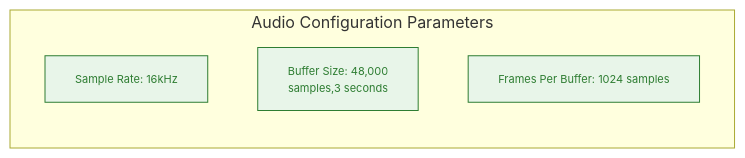
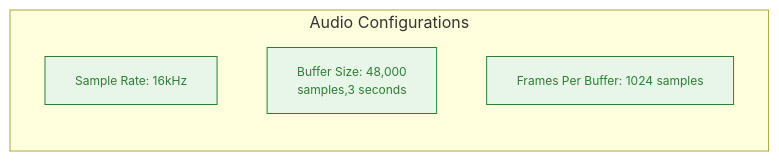
Before and after one commit to joonhyung-lee/whisper.cpp: the first of 2 diagrams in examples/cli/README.md, drawn with Mermaid.

````diff
--- a/examples/cli/README.md
+++ b/examples/cli/README.md
@@ -3,15 +3,15 @@
 ```mermaid
 flowchart LR
-    classDef process fill:#e1f5fe,stroke:#01579b,color:#01579b,font-size:11px;
-    classDef data fill:#e8f5e9,stroke:#2e7d32,color:#2e7d32,font-size:11px;
-    classDef control fill:#fff3e0,stroke:#e65100,color:#e65100,font-size:11px;
+    classDef process fill:#e1f5fe,stroke:#01579b,color:#01579b,font-size:12px;
+    classDef data fill:#e8f5e9,stroke:#2e7d32,color:#2e7d32,font-size:12px;
+    classDef control fill:#fff3e0,stroke:#e65100,color:#e65100,font-size:12px;
     
     %% Parameter information displayed separately below the main diagram
-    subgraph "Audio Configuration Parameters"
+    subgraph "Audio Configurations" ["Audio Configurations"]
         O[Sample Rate: 16kHz]
         P[Buffer Size: 48,000 <br> samples,3 seconds]
         Q[Frames Per Buffer: 1024 samples]
     end
     
     class O,P,Q data;
 ```
````
